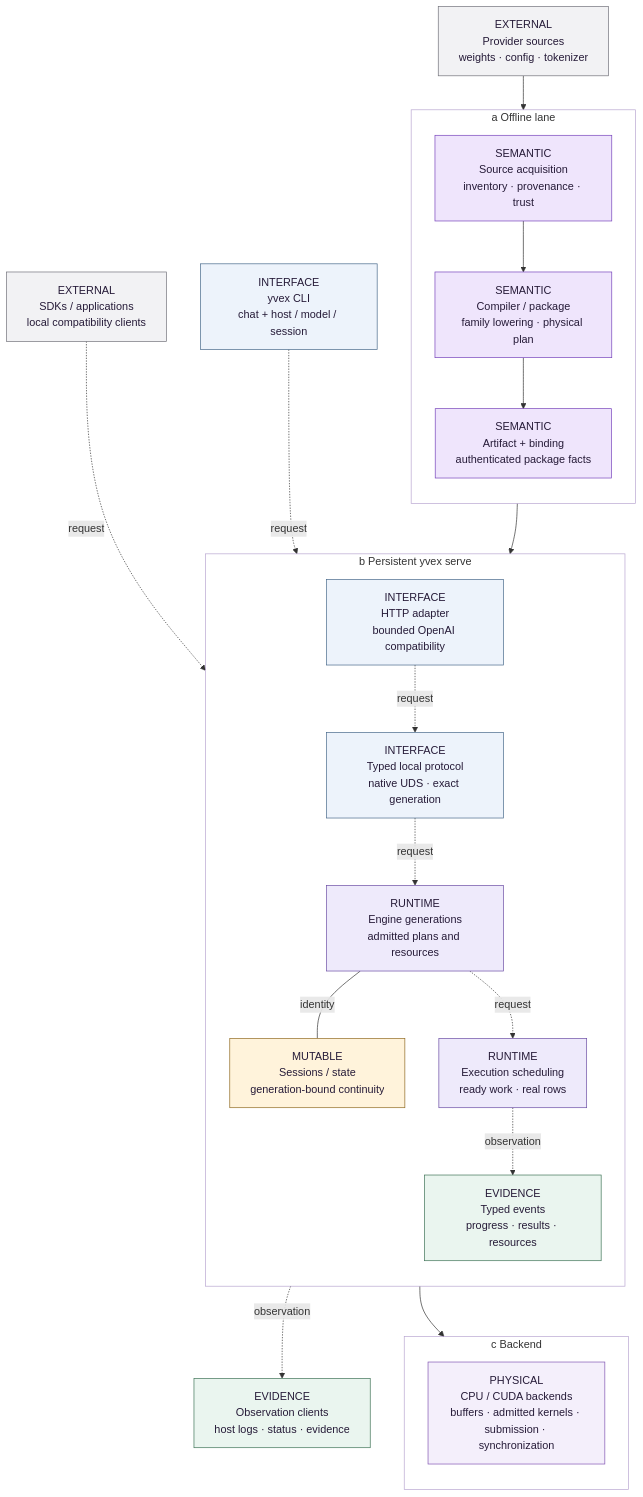
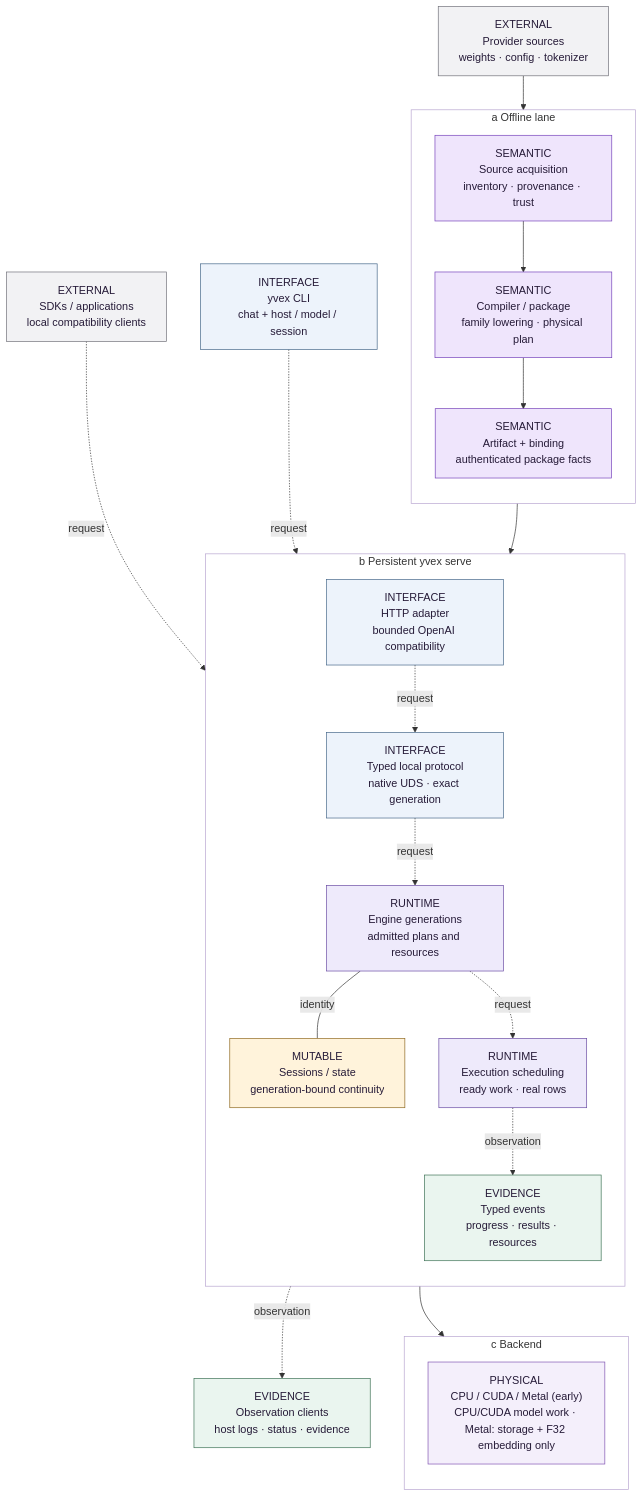
The first of 2 diagrams in docs/architecture/README.md (yailabs/yvex), drawn with Mermaid before and after one commit. The commit also changed other lines of this file and 15 other files, not shown here.

Commit message:
docs: align public platform docs with the early Metal backend

````diff
--- a/docs/architecture/README.md
+++ b/docs/architecture/README.md
@@ -25,52 +32,52 @@
 ```mermaid
 %% yvex-figure: system_overview
 %%{init: {"themeVariables": {"background": "transparent"}}}%%
 flowchart TB
   n_providers["EXTERNAL<br/>Provider sources<br/>weights · config · tokenizer"]:::external
   n_applications["EXTERNAL<br/>SDKs / applications<br/>local compatibility clients"]:::external
   n_cli["INTERFACE<br/>yvex CLI<br/>chat + host / model / session"]:::interface
   n_reports["EVIDENCE<br/>Observation clients<br/>host logs · status · evidence"]:::evidence
   subgraph n_panel_0["a  Offline lane"]
     direction TB
   n_source["SEMANTIC<br/>Source acquisition<br/>inventory · provenance · trust"]:::semantic
   n_compiler["SEMANTIC<br/>Compiler / package<br/>family lowering · physical plan"]:::semantic
   n_package["SEMANTIC<br/>Artifact + binding<br/>authenticated package facts"]:::semantic
   end
   subgraph n_panel_1["b  Persistent yvex serve"]
     direction TB
   n_http["INTERFACE<br/>HTTP adapter<br/>bounded OpenAI compatibility"]:::interface
   n_protocol["INTERFACE<br/>Typed local protocol<br/>native UDS · exact generation"]:::interface
   n_engines["RUNTIME<br/>Engine generations<br/>admitted plans and resources"]:::runtime
   n_sessions["MUTABLE<br/>Sessions / state<br/>generation-bound continuity"]:::mutable
   n_work["RUNTIME<br/>Execution scheduling<br/>ready work · real rows"]:::runtime
   n_events["EVIDENCE<br/>Typed events<br/>progress · results · resources"]:::evidence
   end
   subgraph n_panel_2["c  Backend"]
     direction TB
-  n_backend["PHYSICAL<br/>CPU / CUDA backends<br/>buffers · admitted kernels · submission · synchronization"]:::physical
+  n_backend["PHYSICAL<br/>CPU / CUDA / Metal (early)<br/>CPU/CUDA model work · Metal: storage + F32 embedding only"]:::physical
   end
   n_providers --> n_source
   n_source --> n_compiler
   n_compiler --> n_package
   n_applications -. request .-> n_http
   n_cli -. request .-> n_protocol
   n_http -. request .-> n_protocol
   n_protocol -. request .-> n_engines
   n_package --> n_engines
   n_engines ---|identity| n_sessions
   n_engines -. request .-> n_work
   n_work --> n_backend
   n_work -. observation .-> n_events
   n_events -. observation .-> n_reports
   n_panel_0 ~~~ n_panel_1 ~~~ n_panel_2
   classDef semantic fill:#efe5fc,stroke:#7541ba,color:#261b38
   classDef physical fill:#f4effb,stroke:#8054b2,color:#261b38
   classDef runtime fill:#eeeafb,stroke:#6a4ca3,color:#261b38
   classDef mutable fill:#fff3db,stroke:#8e6920,color:#261b38
   classDef interface fill:#edf3fb,stroke:#456789,color:#261b38
   classDef external fill:#f2f2f4,stroke:#707078,color:#261b38
   classDef evidence fill:#eaf5ef,stroke:#3d7255,color:#261b38
   style n_panel_0 fill:transparent,stroke:#b8a5d0
   style n_panel_1 fill:transparent,stroke:#b8a5d0
   style n_panel_2 fill:transparent,stroke:#b8a5d0
 ```
````
